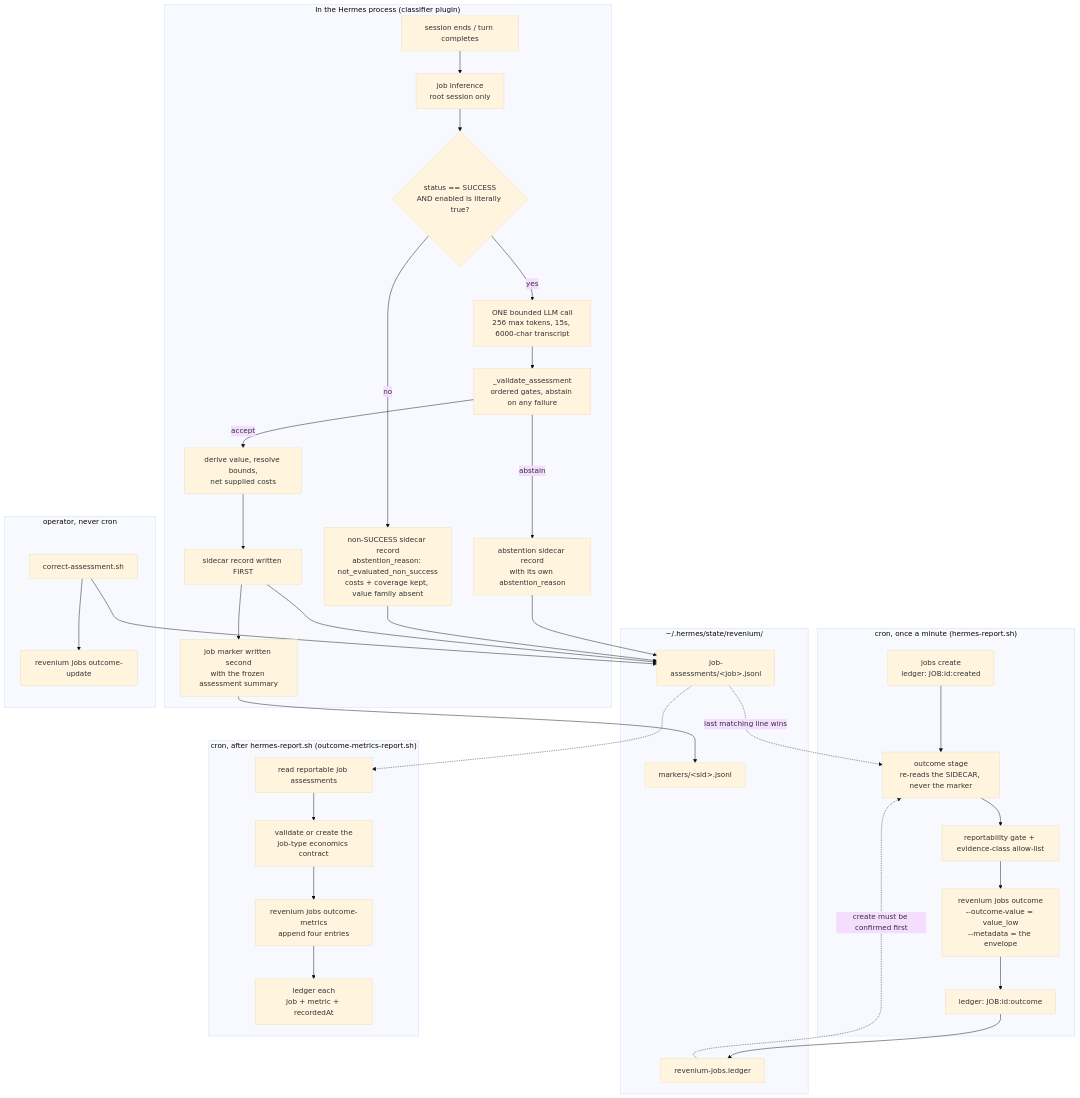
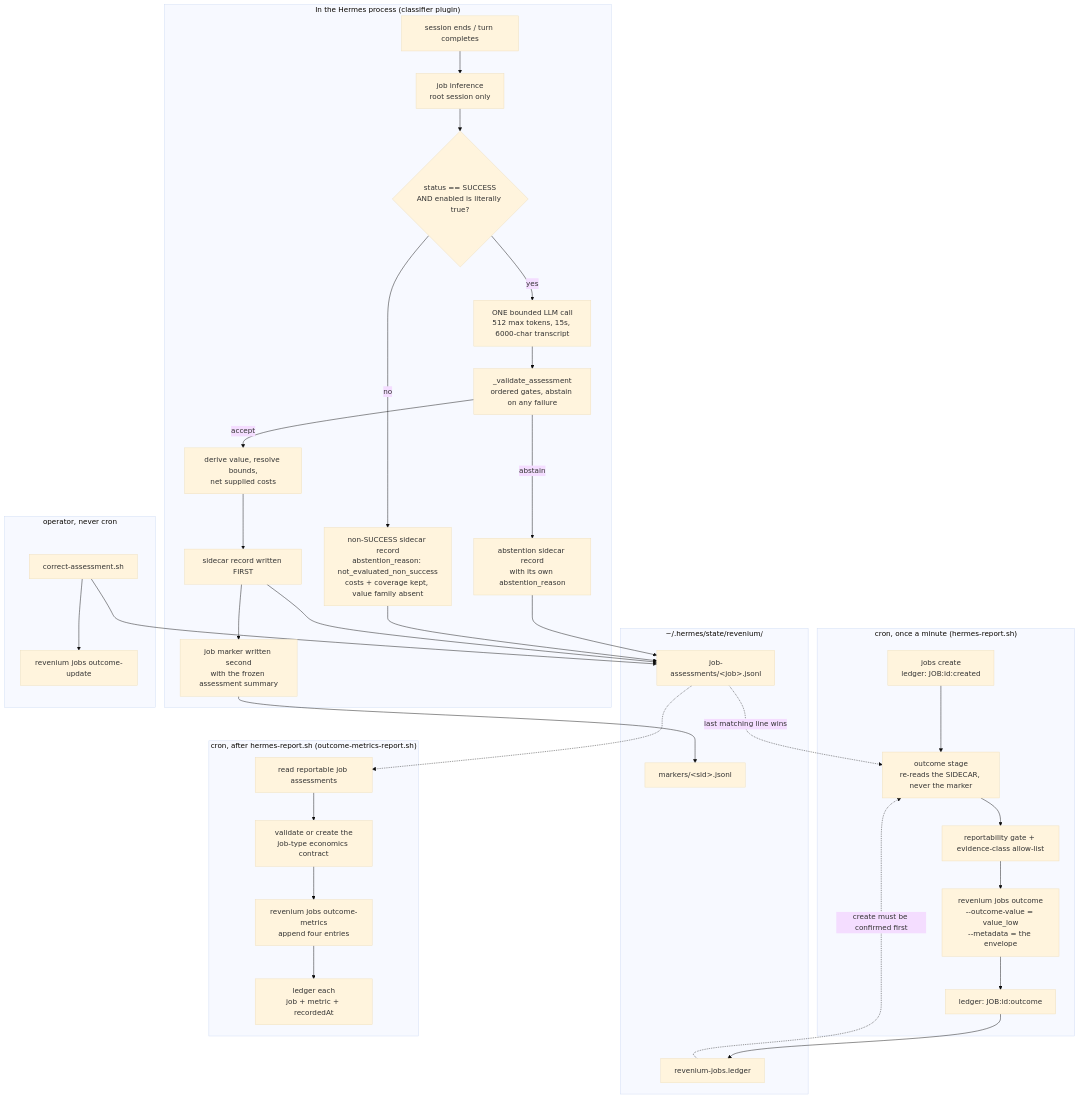
The diagram in docs/value-and-roi.md (revenium/hermes-revenium), drawn with Mermaid (base theme) before and after one commit. The commit also changed other lines of this file and 22 other files, not shown here.

````diff
--- a/docs/value-and-roi.md
+++ b/docs/value-and-roi.md
@@ -217,48 +217,48 @@
 ```mermaid
 flowchart TB
     subgraph S["In the Hermes process (classifier plugin)"]
         A["session ends / turn completes"] --> B["job inference<br/>root session only"]
         B --> C{"status == SUCCESS<br/>AND enabled is literally true?"}
         C -->|no| N["non-SUCCESS sidecar record<br/>abstention_reason: not_evaluated_non_success<br/>costs + coverage kept, value family absent"]
-        C -->|yes| D["ONE bounded LLM call<br/>256 max tokens, 15s, 6000-char transcript"]
+        C -->|yes| D["ONE bounded LLM call<br/>512 max tokens, 15s, 6000-char transcript"]
         D --> E["_validate_assessment<br/>ordered gates, abstain on any failure"]
         E -->|abstain| F["abstention sidecar record<br/>with its own abstention_reason"]
         E -->|accept| G["derive value, resolve bounds,<br/>net supplied costs"]
         G --> H["sidecar record written FIRST"]
         H --> I["job marker written second<br/>with the frozen assessment summary"]
     end
 
     subgraph ST["~/.hermes/state/revenium/"]
         SC["job-assessments/&lt;job&gt;.jsonl"]
         MK["markers/&lt;sid&gt;.jsonl"]
         JL["revenium-jobs.ledger"]
     end
 
     F --> SC
     N --> SC
     H --> SC
     I --> MK
 
     subgraph C2["cron, once a minute (hermes-report.sh)"]
         J["jobs create<br/>ledger: JOB:id:created"] --> K["outcome stage<br/>re-reads the SIDECAR, never the marker"]
         K --> L["reportability gate + evidence-class allow-list"]
         L --> M["revenium jobs outcome<br/>--outcome-value = value_low<br/>--metadata = the envelope"]
         M --> O["ledger: JOB:id:outcome"]
     end
 
     subgraph OM["cron, after hermes-report.sh (outcome-metrics-report.sh)"]
         OM1["read reportable job assessments"] --> OM2["validate or create the<br/>job-type economics contract"]
         OM2 --> OM3["revenium jobs outcome-metrics<br/>append four entries"]
         OM3 --> OM4["ledger each<br/>job + metric + recordedAt"]
     end
 
     SC -.->|last matching line wins| K
     JL -.->|create must be confirmed first| K
     O --> JL
     SC -.-> OM1
 
     subgraph OP["operator, never cron"]
         P["correct-assessment.sh"] --> SC
         P --> Q["revenium jobs outcome-update"]
     end
 ```
````
